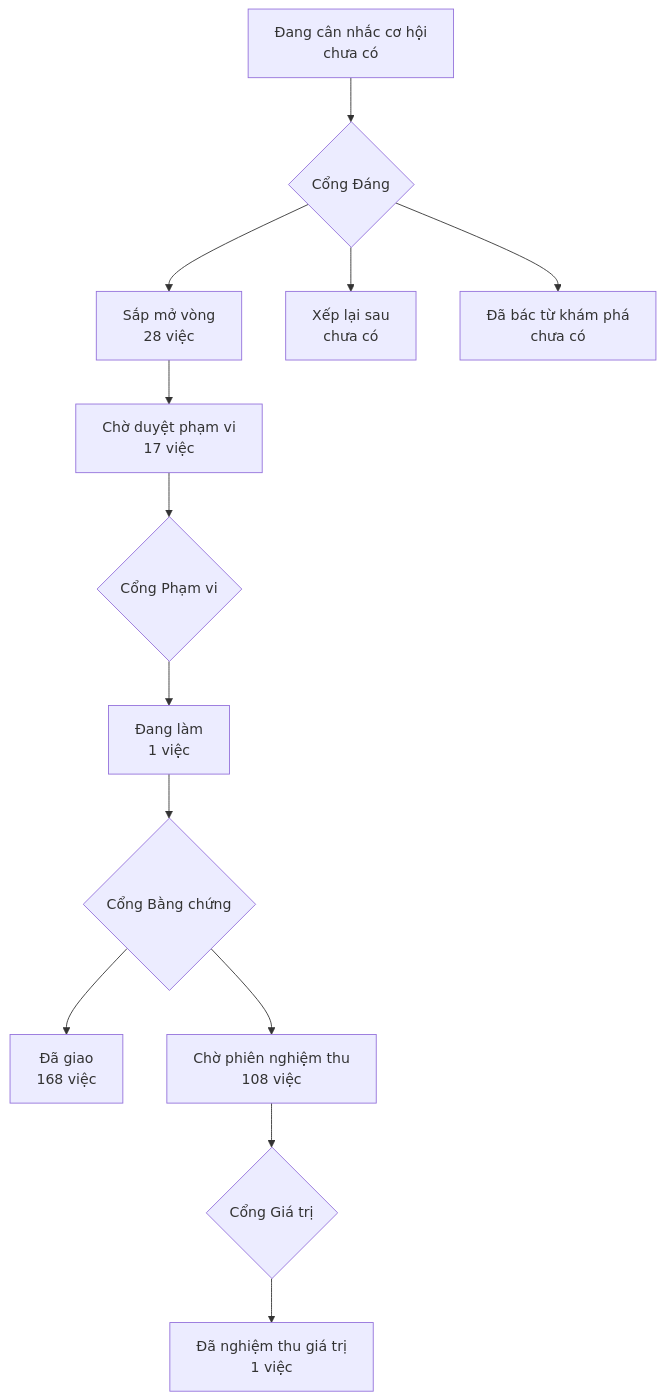
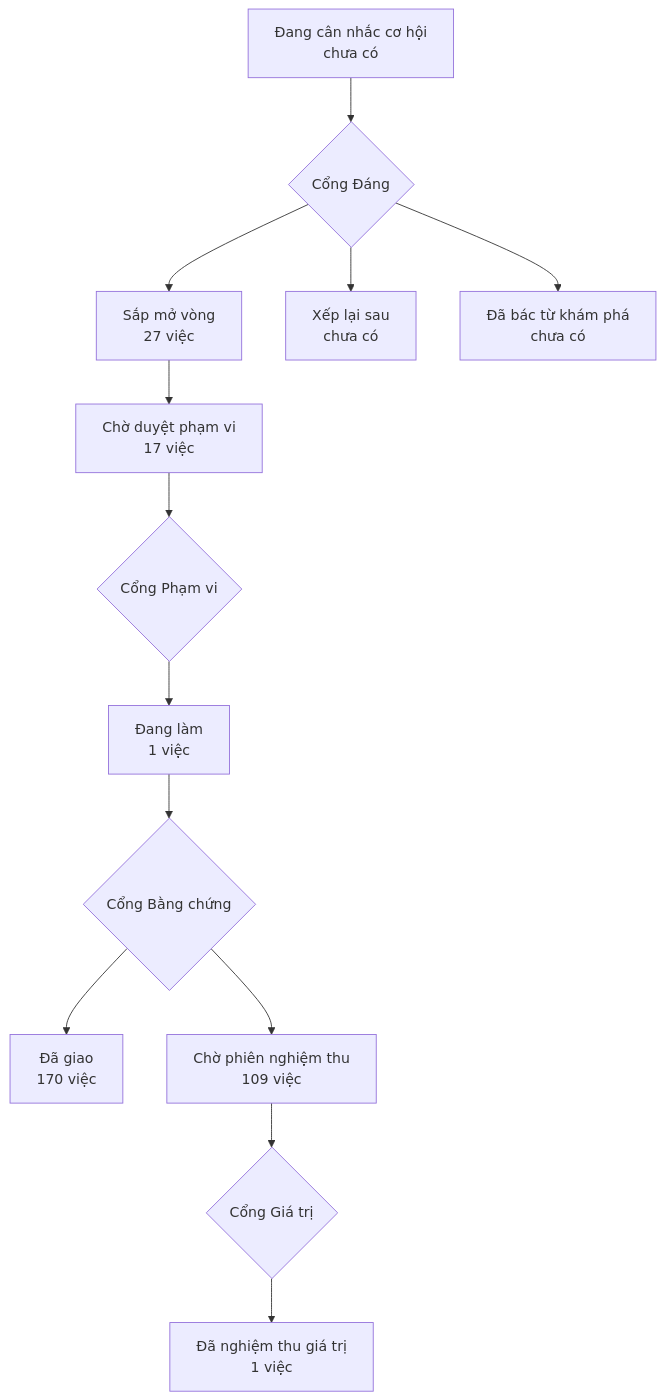
Before and after one commit to phanlemanh/onehub-invest: the diagram in PRODUCT-MAP.md, drawn with Mermaid. The commit also changed other lines of this file and 3 other files, not shown here.

````diff
--- a/PRODUCT-MAP.md
+++ b/PRODUCT-MAP.md
@@ -7,12 +7,12 @@
 ```mermaid
 flowchart TD
   A["Đang cân nhắc cơ hội<br/>chưa có"] --> GD{"Cổng Đáng"}
-  GD --> B["Sắp mở vòng<br/>28 việc"]
+  GD --> B["Sắp mở vòng<br/>27 việc"]
   GD --> XL["Xếp lại sau<br/>chưa có"]
   GD --> DB["Đã bác từ khám phá<br/>chưa có"]
   B --> CD["Chờ duyệt phạm vi<br/>17 việc"] --> GP{"Cổng Phạm vi"}
   GP --> DL["Đang làm<br/>1 việc"] --> GB{"Cổng Bằng chứng"}
-  GB --> DG["Đã giao<br/>168 việc"]
-  GB --> CN["Chờ phiên nghiệm thu<br/>108 việc"] --> GG{"Cổng Giá trị"}
+  GB --> DG["Đã giao<br/>170 việc"]
+  GB --> CN["Chờ phiên nghiệm thu<br/>109 việc"] --> GG{"Cổng Giá trị"}
   GG --> NT["Đã nghiệm thu giá trị<br/>1 việc"]
 ```
````
